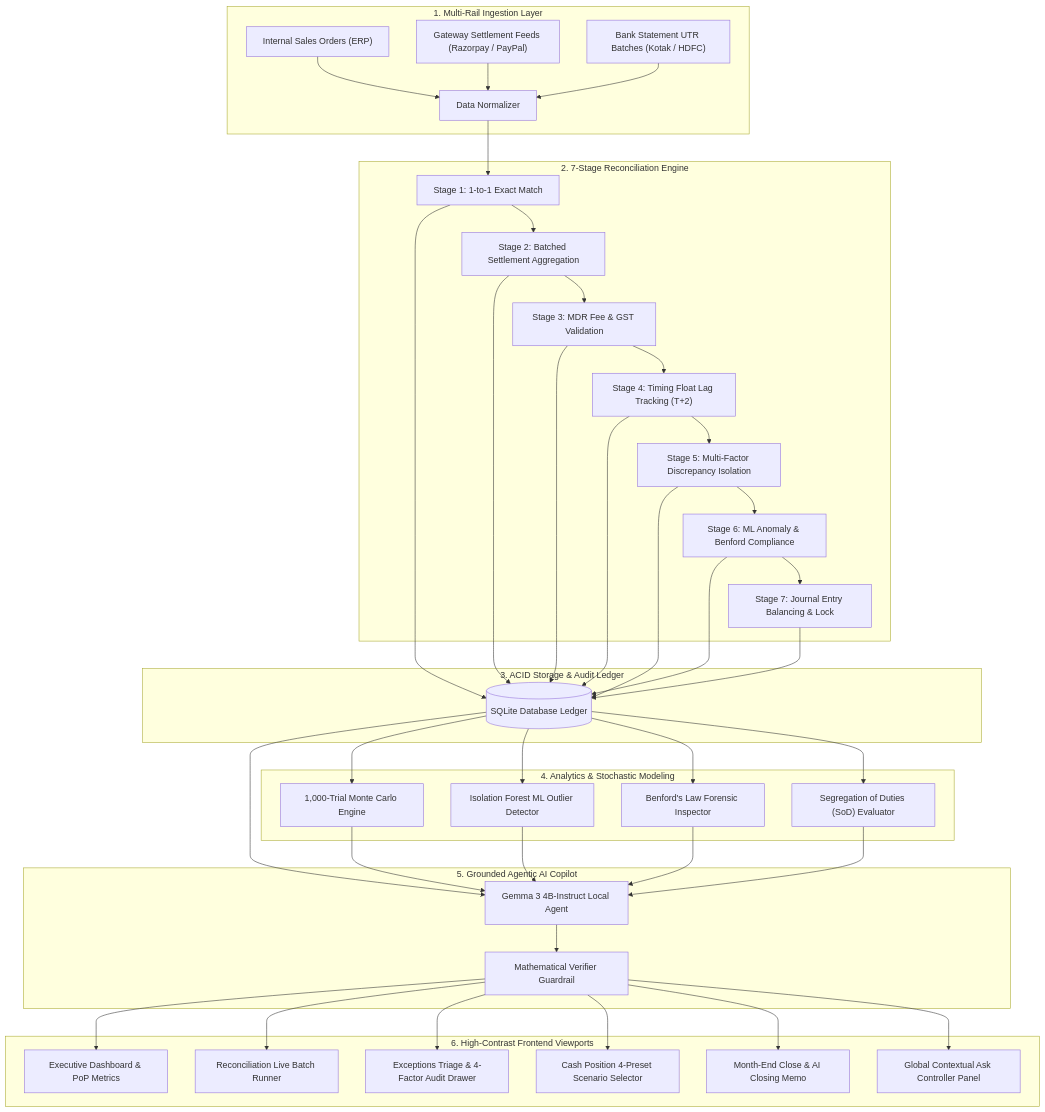
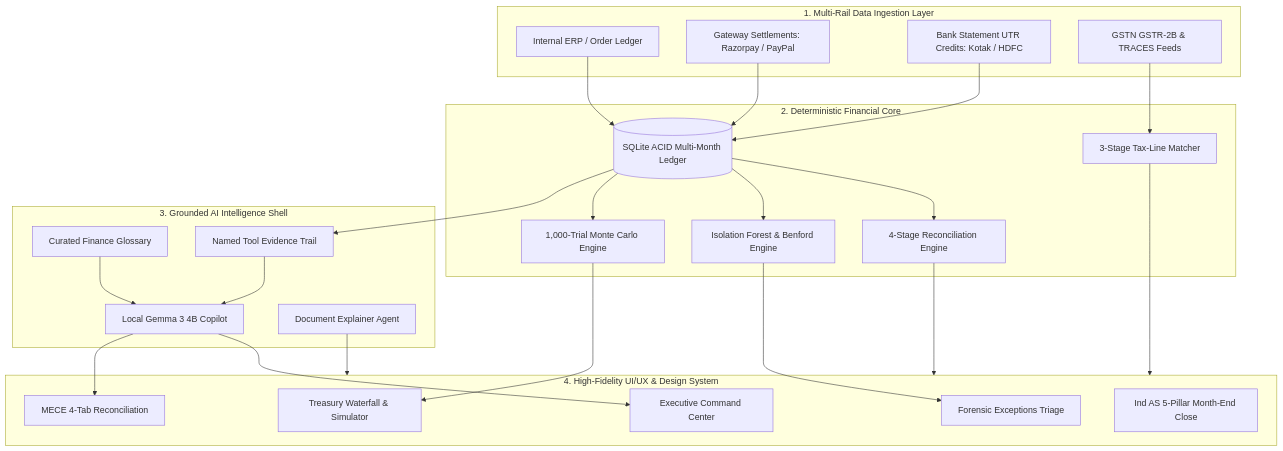
Before and after one commit to sharancode3/Finora: the diagram in README.md, drawn with Mermaid. The commit also changed other lines of this file and 1 other file, not shown here.

Commit message:
Update world-class README with comprehensive architecture, 10-module breakdown, institution brand marks, and 5-minute demo guide

````diff
--- a/README.md
+++ b/README.md
@@ -108,43 +115,53 @@
 ```mermaid
-flowchart TD
-    subgraph INGESTION["1. Multi-Rail Ingestion Layer"]
-        A1["Internal Sales Orders (ERP)"] --> N1["Data Normalizer"]
-        A2["Gateway Settlement Feeds (Razorpay / PayPal)"] --> N1
-        A3["Bank Statement UTR Batches (Kotak / HDFC)"] --> N1
+graph TD
+    subgraph Ingestion["1. Multi-Rail Data Ingestion Layer"]
+        L[Internal ERP / Order Ledger]
+        G[Gateway Settlements: Razorpay / PayPal]
+        B[Bank Statement UTR Credits: Kotak / HDFC]
+        T[GSTN GSTR-2B & TRACES Feeds]
     end
 
-    subgraph RECON["2. 7-Stage Reconciliation Engine"]
-        N1 --> M1["Stage 1: 1-to-1 Exact Match"]
-        M1 --> M2["Stage 2: Batched Settlement Aggregation"]
-        M2 --> M3["Stage 3: MDR Fee & GST Validation"]
-        M3 --> M4["Stage 4: Timing Float Lag Tracking (T+2)"]
-        M4 --> M5["Stage 5: Multi-Factor Discrepancy Isolation"]
-        M5 --> M6["Stage 6: ML Anomaly & Benford Compliance"]
-        M6 --> M7["Stage 7: Journal Entry Balancing & Lock"]
+    subgraph Core["2. Deterministic Financial Core"]
+        SQL[(SQLite ACID Multi-Month Ledger)]
+        M4[4-Stage Reconciliation Engine]
+        ANOM[Isolation Forest & Benford Engine]
+        MC[1,000-Trial Monte Carlo Engine]
+        TAX[3-Stage Tax-Line Matcher]
     end
 
-    subgraph STORAGE["3. ACID Storage & Audit Ledger"]
-        M1 & M2 & M3 & M4 & M5 & M6 & M7 --> DB[("SQLite Database Ledger")]
+    subgraph Agentic["3. Grounded AI Intelligence Shell"]
+        GEMMA[Local Gemma 3 4B Copilot]
+        GLOSS[Curated Finance Glossary]
+        DOC[Document Explainer Agent]
+        EVID[Named Tool Evidence Trail]
     end
 
-    subgraph ANALYTICS["4. Analytics & Stochastic Modeling"]
-        DB --> S1["1,000-Trial Monte Carlo Engine"]
-        DB --> S2["Isolation Forest ML Outlier Detector"]
-        DB --> S3["Benford's Law Forensic Inspector"]
-        DB --> S4["Segregation of Duties (SoD) Evaluator"]
+    subgraph UI["4. High-Fidelity UI/UX & Design System"]
+        DASH[Executive Command Center]
+        RECON[MECE 4-Tab Reconciliation]
+        EXC[Forensic Exceptions Triage]
+        CASH[Treasury Waterfall & Simulator]
+        CLOSE[Ind AS 5-Pillar Month-End Close]
     end
 
-    subgraph AGENT["5. Grounded Agentic AI Copilot"]
-        DB & S1 & S2 & S3 & S4 --> AI["Gemma 3 4B-Instruct Local Agent"]
-        AI --> V1["Mathematical Verifier Guardrail"]
-    end
+    L --> SQL
+    G --> SQL
+    B --> SQL
+    T --> TAX
 
-    subgraph UI["6. High-Contrast Frontend Viewports"]
-        V1 --> UI1["Executive Dashboard & PoP Metrics"]
-        V1 --> UI2["Reconciliation Live Batch Runner"]
-        V1 --> UI3["Exceptions Triage & 4-Factor Audit Drawer"]
-        V1 --> UI4["Cash Position 4-Preset Scenario Selector"]
-        V1 --> UI5["Month-End Close & AI Closing Memo"]
-        V1 --> UI6["Global Contextual Ask Controller Panel"]
-    end
+    SQL --> M4
+    SQL --> ANOM
+    SQL --> MC
+
+    M4 --> UI
+    ANOM --> EXC
+    MC --> CASH
+    TAX --> UI
+
+    SQL --> EVID
+    GLOSS --> GEMMA
+    EVID --> GEMMA
+    DOC --> UI
+    GEMMA --> DASH
+    GEMMA --> RECON
 ```
````
